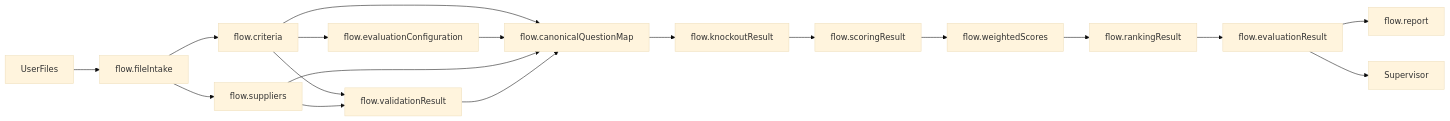
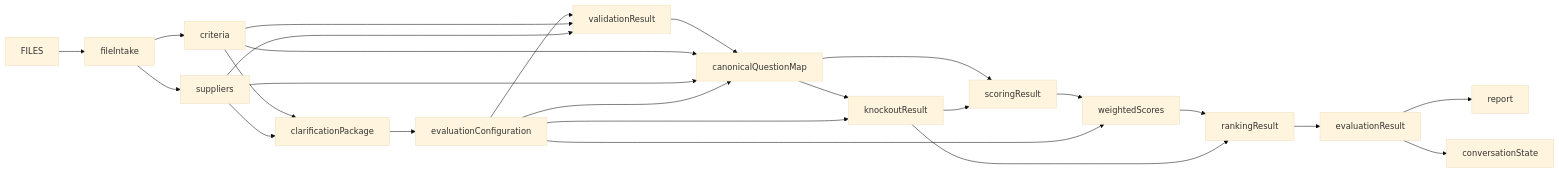
One commit to adityarane-ai/Agentic-Orchestrations changed the diagram in Bid Analysis Agent/08 – Flow Variables.md. Above: the diagram before and after it, drawn with Mermaid (base theme). The commit also changed other lines of this file, not shown here.

Commit message:
Update Flow Variables for clarification package, configuration freeze and scenarios

````diff
--- a/Bid Analysis Agent/08 – Flow Variables.md
+++ b/Bid Analysis Agent/08 – Flow Variables.md
@@ -37,21 +21,28 @@
 ```mermaid
 flowchart LR
 
-UserFiles --> flow.fileIntake
-flow.fileIntake --> flow.criteria
-flow.fileIntake --> flow.suppliers
-flow.criteria --> flow.evaluationConfiguration
-flow.criteria --> flow.validationResult
-flow.suppliers --> flow.validationResult
-flow.criteria --> flow.canonicalQuestionMap
-flow.evaluationConfiguration --> flow.canonicalQuestionMap
-flow.suppliers --> flow.canonicalQuestionMap
-flow.validationResult --> flow.canonicalQuestionMap
-flow.canonicalQuestionMap --> flow.knockoutResult
-flow.knockoutResult --> flow.scoringResult
-flow.scoringResult --> flow.weightedScores
-flow.weightedScores --> flow.rankingResult
-flow.rankingResult --> flow.evaluationResult
-flow.evaluationResult --> flow.report
-flow.evaluationResult --> Supervisor
+FILES --> fileIntake
+fileIntake --> criteria
+fileIntake --> suppliers
+criteria --> clarificationPackage
+suppliers --> clarificationPackage
+clarificationPackage --> evaluationConfiguration
+evaluationConfiguration --> validationResult
+criteria --> validationResult
+suppliers --> validationResult
+validationResult --> canonicalQuestionMap
+criteria --> canonicalQuestionMap
+suppliers --> canonicalQuestionMap
+evaluationConfiguration --> canonicalQuestionMap
+canonicalQuestionMap --> knockoutResult
+canonicalQuestionMap --> scoringResult
+evaluationConfiguration --> knockoutResult
+knockoutResult --> scoringResult
+scoringResult --> weightedScores
+evaluationConfiguration --> weightedScores
+weightedScores --> rankingResult
+knockoutResult --> rankingResult
+rankingResult --> evaluationResult
+evaluationResult --> report
+evaluationResult --> conversationState
 ```
````
